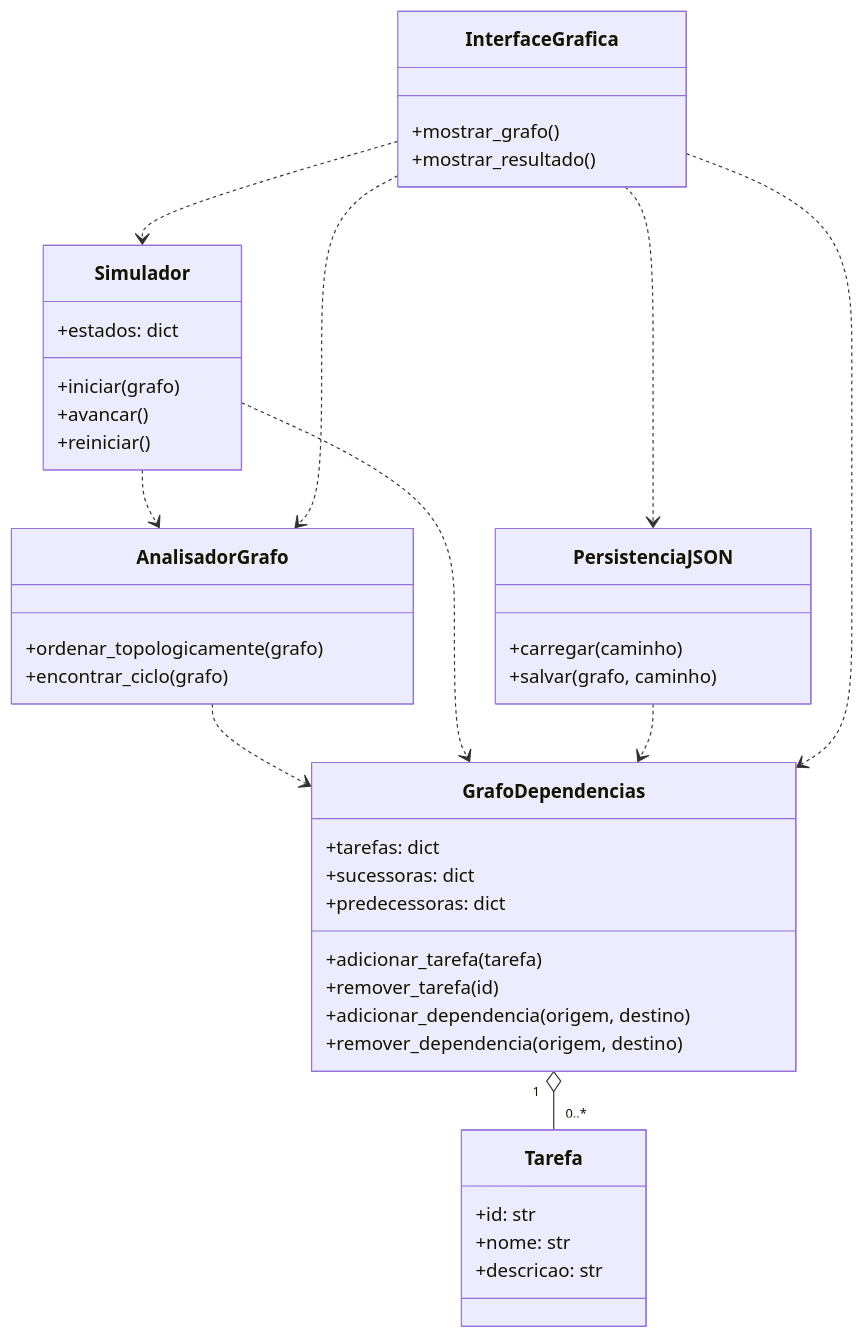
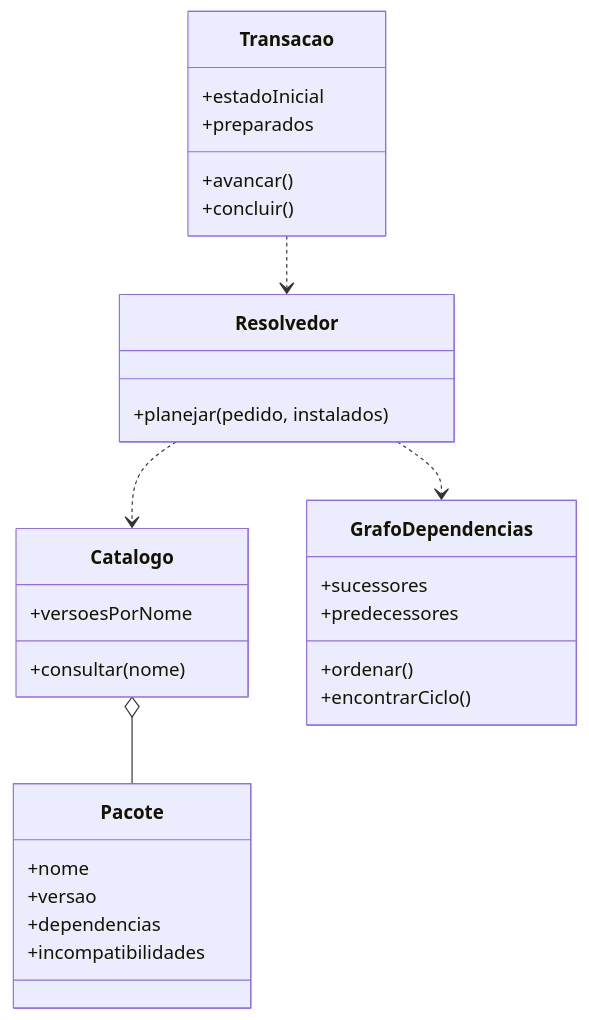
Before and after one commit to caslulu/trab-grafo: the diagram in agent.md, drawn with Mermaid. The commit also changed other lines of this file and 22 other files, not shown here.

````diff
--- a/agent.md
+++ b/agent.md
@@ -268,44 +164,32 @@
 ```mermaid
 classDiagram
-    class Tarefa {
-        +id: str
-        +nome: str
-        +descricao: str
+    class Catalogo {
+        +versoesPorNome
+        +consultar(nome)
+    }
+    class Pacote {
+        +nome
+        +versao
+        +dependencias
+        +incompatibilidades
+    }
+    class Resolvedor {
+        +planejar(pedido, instalados)
     }
     class GrafoDependencias {
-        +tarefas: dict
-        +sucessoras: dict
-        +predecessoras: dict
-        +adicionar_tarefa(tarefa)
-        +remover_tarefa(id)
-        +adicionar_dependencia(origem, destino)
-        +remover_dependencia(origem, destino)
+        +sucessores
+        +predecessores
+        +ordenar()
+        +encontrarCiclo()
     }
-    class AnalisadorGrafo {
-        +ordenar_topologicamente(grafo)
-        +encontrar_ciclo(grafo)
+    class Transacao {
+        +estadoInicial
+        +preparados
+        +avancar()
+        +concluir()
     }
-    class Simulador {
-        +estados: dict
-        +iniciar(grafo)
-        +avancar()
-        +reiniciar()
-    }
-    class PersistenciaJSON {
-        +carregar(caminho)
-        +salvar(grafo, caminho)
-    }
-    class InterfaceGrafica {
-        +mostrar_grafo()
-        +mostrar_resultado()
-    }
-    GrafoDependencias "1" o-- "0..*" Tarefa
-    AnalisadorGrafo ..> GrafoDependencias
-    Simulador ..> GrafoDependencias
-    Simulador ..> AnalisadorGrafo
-    PersistenciaJSON ..> GrafoDependencias
-    InterfaceGrafica ..> GrafoDependencias
-    InterfaceGrafica ..> AnalisadorGrafo
-    InterfaceGrafica ..> Simulador
-    InterfaceGrafica ..> PersistenciaJSON
+    Catalogo o-- Pacote
+    Resolvedor ..> Catalogo
+    Resolvedor ..> GrafoDependencias
+    Transacao ..> Resolvedor
 ```
````
